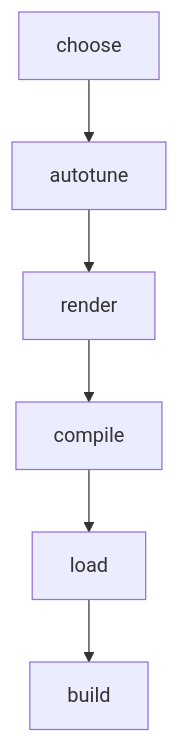
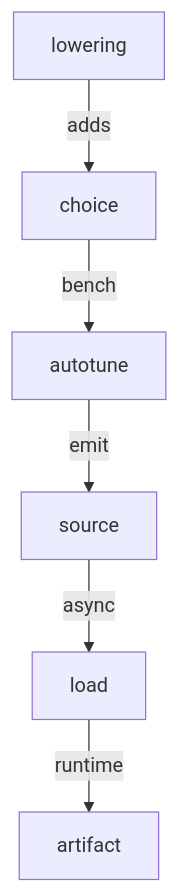
Before and after one commit to XiaobingSuper/FlyDSL: the third of 4 diagrams in docs/cutedsl_pytorch_integration_report.md, drawn with Mermaid. The commit also changed other lines of this file and 1 other file, not shown here.

````diff
--- a/docs/cutedsl_pytorch_integration_report.md
+++ b/docs/cutedsl_pytorch_integration_report.md
@@ -189,8 +212,8 @@
 ```mermaid
 flowchart TB
-    A["choose"] --> B["autotune"]
-    B --> C["render"]
-    C --> D["compile"]
-    D --> E["load"]
-    E --> F["build"]
+    A["lowering"] -->|adds| B["choice"]
+    B -->|bench| C["autotune"]
+    C -->|emit| D["source"]
+    D -->|async| E["load"]
+    E -->|runtime| F["artifact"]
 ```
````
